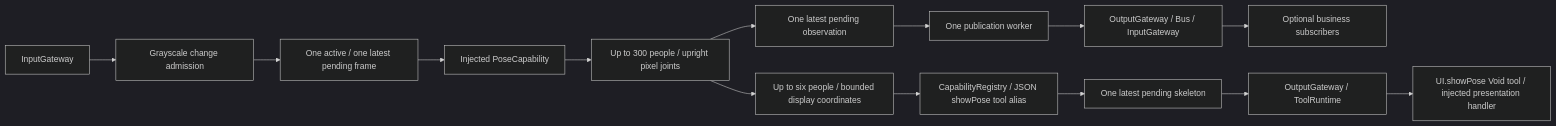
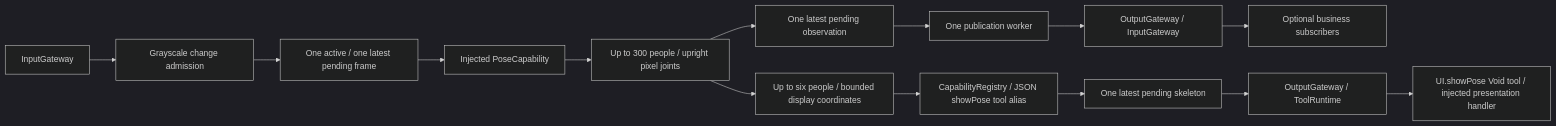
One commit to devilyouwei/MobileHarness changed the first of 2 diagrams in MobileHarness/Agents/VisionPerception/README.md. Above: the diagram before and after it, drawn with Mermaid (dark theme). The commit also changed other lines of this file and 40 other files, not shown here.

Commit message:
refactor: replace signal bus with direct gateway admission

````diff
--- a/MobileHarness/Agents/VisionPerception/README.md
+++ b/MobileHarness/Agents/VisionPerception/README.md
@@ -5,16 +5,16 @@
 ```mermaid
 flowchart LR
     InputGateway --> Filter[Grayscale change admission]
     Filter --> Latest[One active / one latest pending frame]
     Latest --> Model[Injected PoseCapability]
     Model --> Observation[Up to 300 people / upright pixel joints]
     Observation --> Pending[One latest pending observation]
     Pending --> Publisher[One publication worker]
-    Publisher --> Publication[OutputGateway / Bus / InputGateway]
+    Publisher --> Publication[OutputGateway / InputGateway]
     Publication --> Subscribers[Optional business subscribers]
     Observation --> Overlay[Up to six people / bounded display coordinates]
     Overlay --> Generator[CapabilityRegistry / JSON showPose tool alias]
     Generator --> Output[One latest pending skeleton]
     Output --> Gateway[OutputGateway / ToolRuntime]
     Gateway --> Action[UI.showPose Void tool / injected presentation handler]
 ```
````
